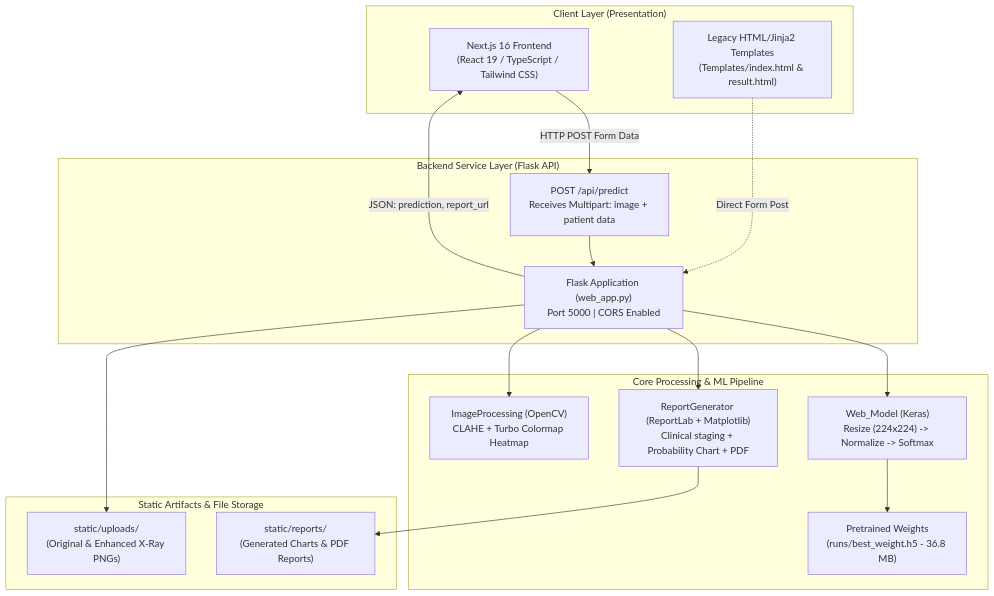
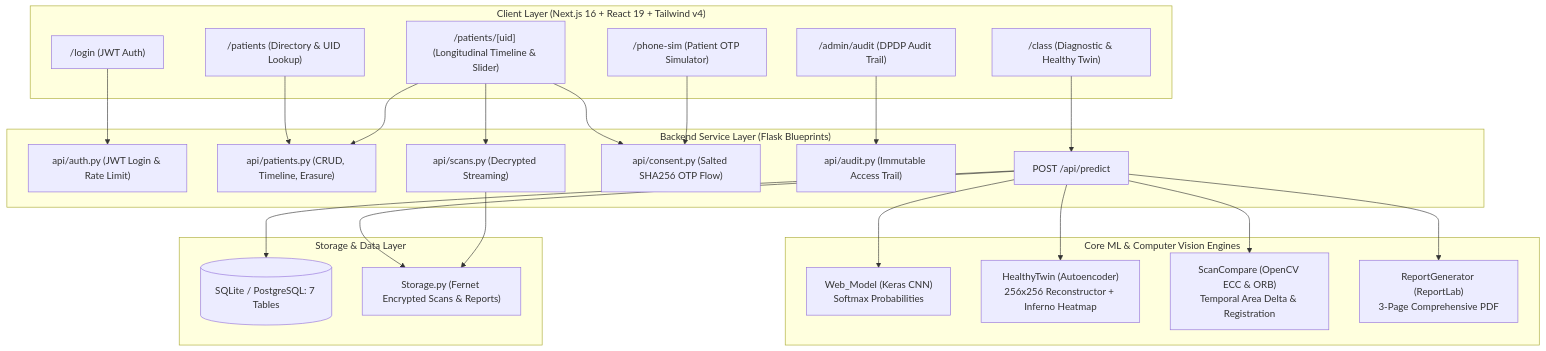
The diagram in PROJECT_ANALYSIS.md (Rohitprakasam/Lung_disease), drawn with Mermaid before and after one commit. The commit also changed other lines of this file, not shown here.

Commit message:
docs: update PROJECT_ANALYSIS.md with Healthy Twin and Universal Scan Memory architecture

````diff
--- a/PROJECT_ANALYSIS.md
+++ b/PROJECT_ANALYSIS.md
@@ -27,35 +17,50 @@
 ```mermaid
 flowchart TD
-    subgraph ClientLayer ["Client Layer (Presentation)"]
-        NextUI["Next.js 16 Frontend\n(React 19 / TypeScript / Tailwind CSS)"]
-        LegacyUI["Legacy HTML/Jinja2 Templates\n(Templates/index.html & result.html)"]
+    subgraph ClientLayer ["Client Layer (Next.js 16 + React 19 + Tailwind v4)"]
+        LoginPage["/login (JWT Auth)"]
+        PatientDir["/patients (Directory & UID Lookup)"]
+        TimelineView["/patients/[uid] (Longitudinal Timeline & Slider)"]
+        ClassifyView["/class (Diagnostic & Healthy Twin)"]
+        PhoneSim["/phone-sim (Patient OTP Simulator)"]
+        AuditView["/admin/audit (DPDP Audit Trail)"]
     end
 
-    subgraph APILayer ["Backend Service Layer (Flask API)"]
-        FlaskServer["Flask Application (web_app.py)\nPort 5000 | CORS Enabled"]
-        APIRoute["POST /api/predict\nReceives Multipart: image + patient data"]
+    subgraph APILayer ["Backend Service Layer (Flask Blueprints)"]
+        AuthBP["api/auth.py (JWT Login & Rate Limit)"]
+        PatientsBP["api/patients.py (CRUD, Timeline, Erasure)"]
+        ScansBP["api/scans.py (Decrypted Streaming)"]
+        ConsentBP["api/consent.py (Salted SHA256 OTP Flow)"]
+        AuditBP["api/audit.py (Immutable Access Trail)"]
+        PredictRoute["POST /api/predict"]
     end
 
-    subgraph CoreModules ["Core Processing & ML Pipeline"]
-        ImgProc["ImageProcessing (OpenCV)\nCLAHE + Turbo Colormap Heatmap"]
-        Inference["Web_Model (Keras)\nResize (224x224) -> Normalize -> Softmax"]
-        Weights["Pretrained Weights\n(runs/best_weight.h5 - 36.8 MB)"]
-        RepGen["ReportGenerator (ReportLab + Matplotlib)\nClinical staging + Probability Chart + PDF"]
+    subgraph CoreModules ["Core ML & Computer Vision Engines"]
+        Classifier["Web_Model (Keras CNN)\nSoftmax Probabilities"]
+        HealthyTwin["HealthyTwin (Autoencoder)\n256x256 Reconstructor + Inferno Heatmap"]
+        ScanCompare["ScanCompare (OpenCV ECC & ORB)\nTemporal Area Delta & Registration"]
+        ReportGen["ReportGenerator (ReportLab)\n3-Page Comprehensive PDF"]
     end
 
-    subgraph StorageLayer ["Static Artifacts & File Storage"]
-        Uploads["static/uploads/\n(Original & Enhanced X-Ray PNGs)"]
-        Reports["static/reports/\n(Generated Charts & PDF Reports)"]
+    subgraph SecureStorage ["Storage & Data Layer"]
+        DB[(SQLite / PostgreSQL: 7 Tables)]
+        StorageEnc["Storage.py (Fernet Encrypted Scans & Reports)"]
     end
 
-    NextUI -->|HTTP POST Form Data| APIRoute
-    LegacyUI -.->|Direct Form Post| FlaskServer
-    APIRoute --> FlaskServer
-    FlaskServer --> Uploads
-    FlaskServer --> ImgProc
-    FlaskServer --> Inference
-    Inference --> Weights
-    FlaskServer --> RepGen
-    RepGen --> Reports
-    FlaskServer -->|JSON: prediction, report_url| NextUI
+    LoginPage --> AuthBP
+    PatientDir --> PatientsBP
+    TimelineView --> PatientsBP
+    TimelineView --> ScansBP
+    TimelineView --> ConsentBP
+    PhoneSim --> ConsentBP
+    AuditView --> AuditBP
+    ClassifyView --> PredictRoute
+
+    PredictRoute --> Classifier
+    PredictRoute --> HealthyTwin
+    PredictRoute --> ScanCompare
+    PredictRoute --> ReportGen
+
+    PredictRoute --> DB
+    PredictRoute --> StorageEnc
+    ScansBP --> StorageEnc
 ```
````
